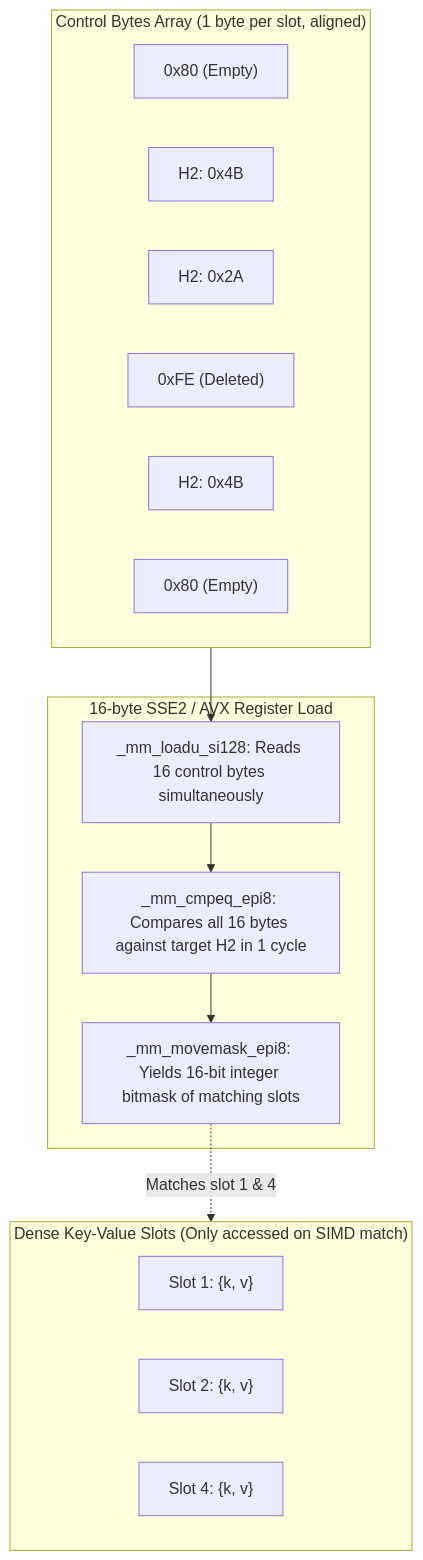
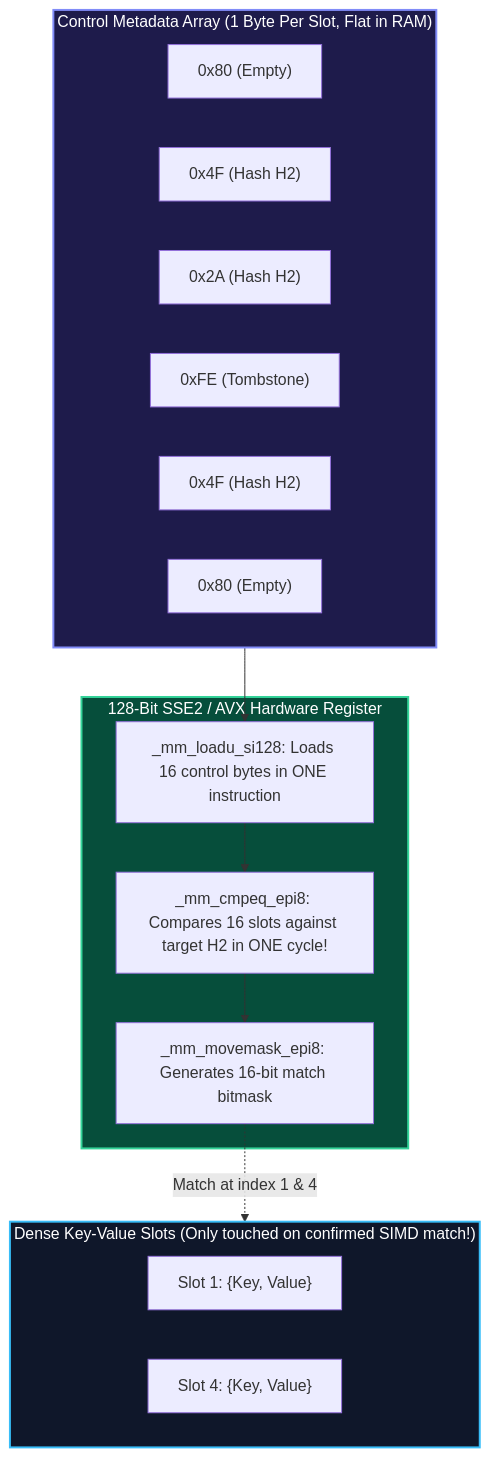
Before and after one commit to 1345AbhishekKumar/cs-cookbook: diagram 12 of 14 in content/docs/dsa/01-foundations-and-linear-structures/06-hash-tables-and-hashing.mdx, drawn with Mermaid. The commit also changed other lines of this file and 211 other files, not shown here.

````diff
--- a/content/docs/dsa/01-foundations-and-linear-structures/06-hash-tables-and-hashing.mdx
+++ b/content/docs/dsa/01-foundations-and-linear-structures/06-hash-tables-and-hashing.mdx
@@ -95,27 +741,30 @@
 ```mermaid
 flowchart TD
-    subgraph ControlBytes["Control Bytes Array (1 byte per slot, aligned)"]
+    subgraph ControlArray["Control Metadata Array (1 Byte Per Slot, Flat in RAM)"]
         CB0["0x80 (Empty)"]
-        CB1["H2: 0x4B"]
-        CB2["H2: 0x2A"]
-        CB3["0xFE (Deleted)"]
-        CB4["H2: 0x4B"]
+        CB1["0x4F (Hash H2)"]
+        CB2["0x2A (Hash H2)"]
+        CB3["0xFE (Tombstone)"]
+        CB4["0x4F (Hash H2)"]
         CB5["0x80 (Empty)"]
     end
 
-    subgraph SIMDGroup["16-byte SSE2 / AVX Register Load"]
-        VecLoad["_mm_loadu_si128: Reads 16 control bytes simultaneously"]
-        VecCmp["_mm_cmpeq_epi8: Compares all 16 bytes against target H2 in 1 cycle"]
-        Bitmask["_mm_movemask_epi8: Yields 16-bit integer bitmask of matching slots"]
+    subgraph SIMDReg["128-Bit SSE2 / AVX Hardware Register"]
+        Load["_mm_loadu_si128: Loads 16 control bytes in ONE instruction"]
+        Cmp["_mm_cmpeq_epi8: Compares 16 slots against target H2 in ONE cycle!"]
+        Mask["_mm_movemask_epi8: Generates 16-bit match bitmask"]
+        Load --> Cmp --> Mask
     end
 
-    subgraph Payloads["Dense Key-Value Slots (Only accessed on SIMD match)"]
-        P1["Slot 1: {k, v}"]
-        P2["Slot 2: {k, v}"]
-        P4["Slot 4: {k, v}"]
+    subgraph DenseStorage["Dense Key-Value Slots (Only touched on confirmed SIMD match!)"]
+        D1["Slot 1: {Key, Value}"]
+        D4["Slot 4: {Key, Value}"]
     end
 
-    ControlBytes --> VecLoad
-    VecLoad --> VecCmp --> Bitmask
-    Bitmask -.->|Matches slot 1 & 4| Payloads
+    ControlArray --> Load
+    Mask -.->|Match at index 1 & 4| DenseStorage
+
+    style ControlArray fill:#1e1b4b,stroke:#818cf8,stroke-width:2px,color:#fff
+    style SIMDReg fill:#064e3b,stroke:#34d399,stroke-width:2px,color:#fff
+    style DenseStorage fill:#0f172a,stroke:#38bdf8,stroke-width:2px,color:#fff
 ```
````
